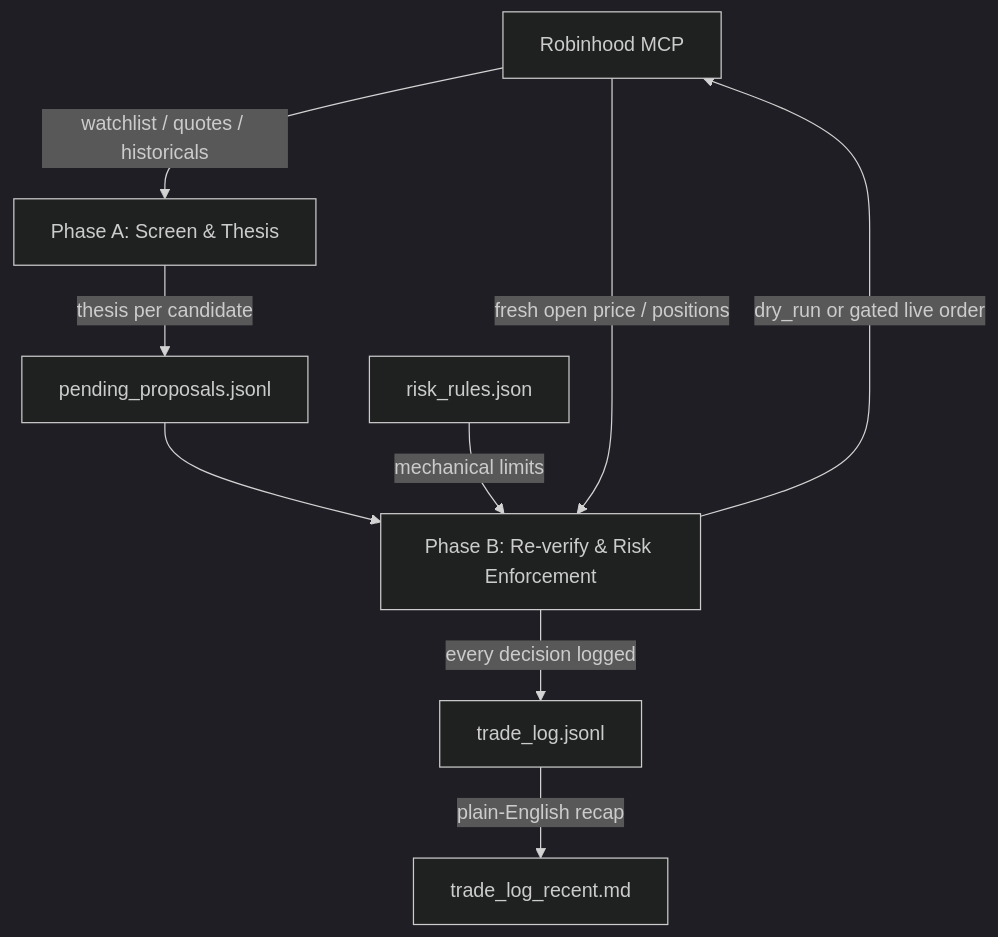
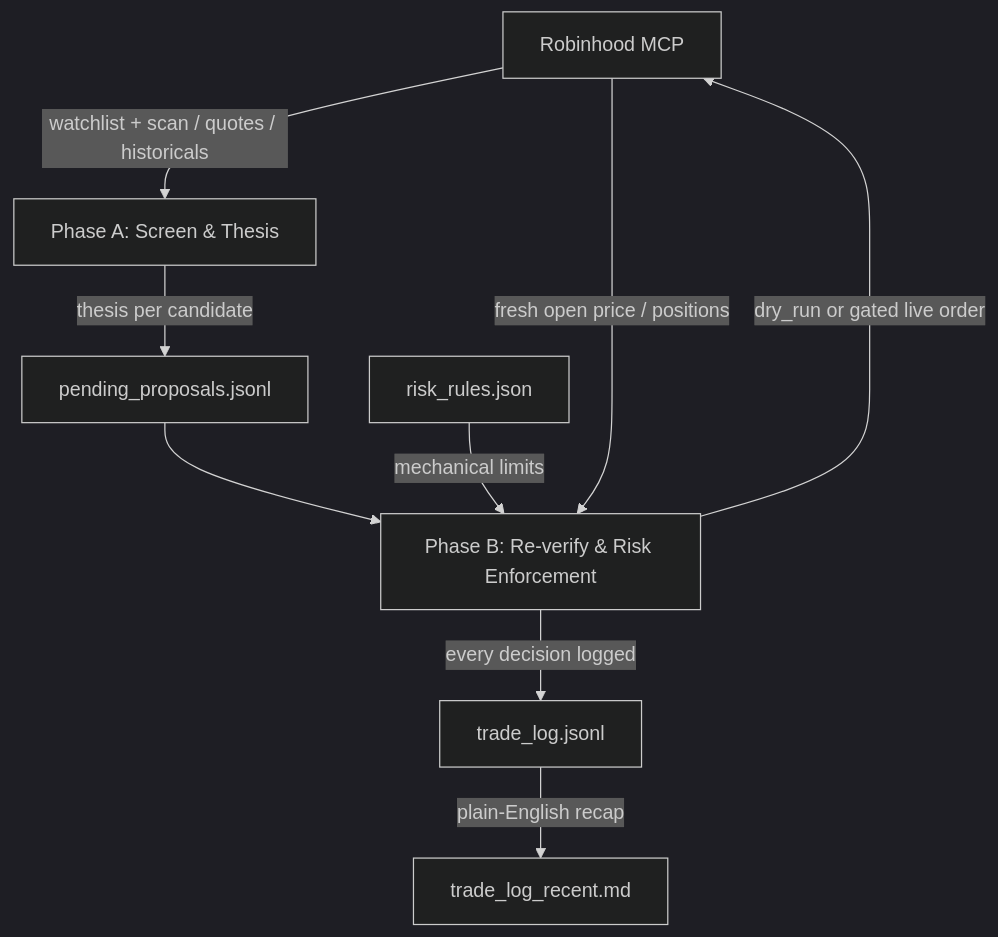
One commit to YizhiSong/FriesTrader changed the diagram in README.md. Above: the diagram before and after it, drawn with Mermaid (dark theme). The commit also changed other lines of this file, not shown here.

First line of the commit message:
Mention the supplementary scan in How it works, not just setup

````diff
--- a/README.md
+++ b/README.md
@@ -39,11 +39,11 @@
 ```mermaid
 graph TD
-    RH[Robinhood MCP] -- watchlist / quotes / historicals --> A[Phase A: Screen & Thesis]
+    RH[Robinhood MCP] -- watchlist + scan / quotes / historicals --> A[Phase A: Screen & Thesis]
     A -- thesis per candidate --> P[pending_proposals.jsonl]
     P --> B[Phase B: Re-verify & Risk Enforcement]
     RR[risk_rules.json] -- mechanical limits --> B
     RH -- fresh open price / positions --> B
     B -- dry_run or gated live order --> RH
     B -- every decision logged --> L[trade_log.jsonl]
     L -- plain-English recap --> REC[trade_log_recent.md]
 ```
````
